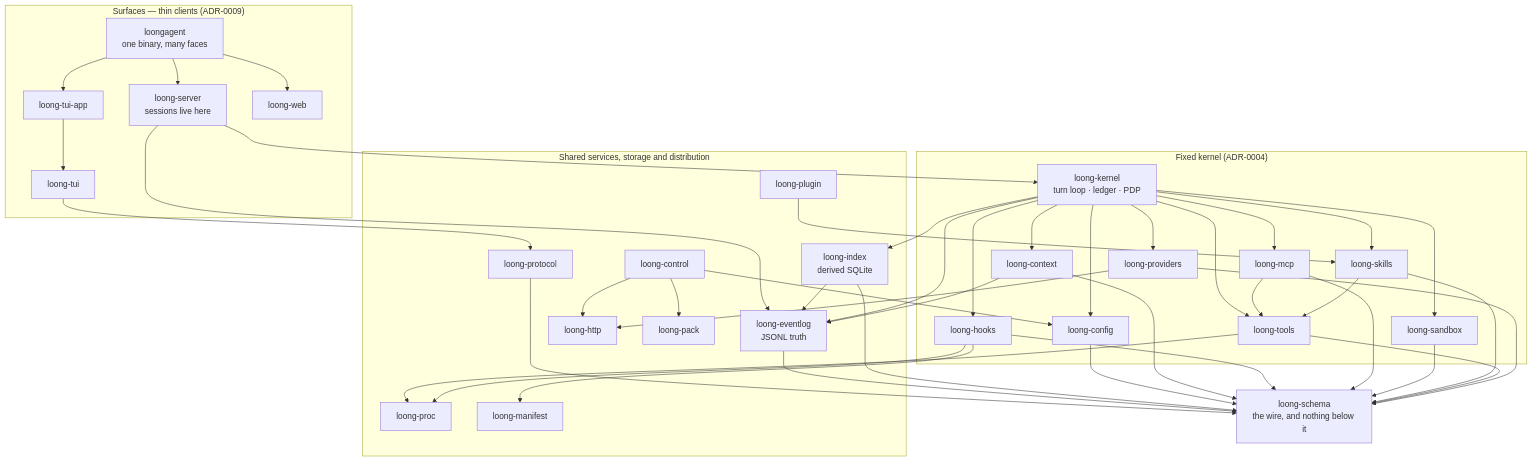
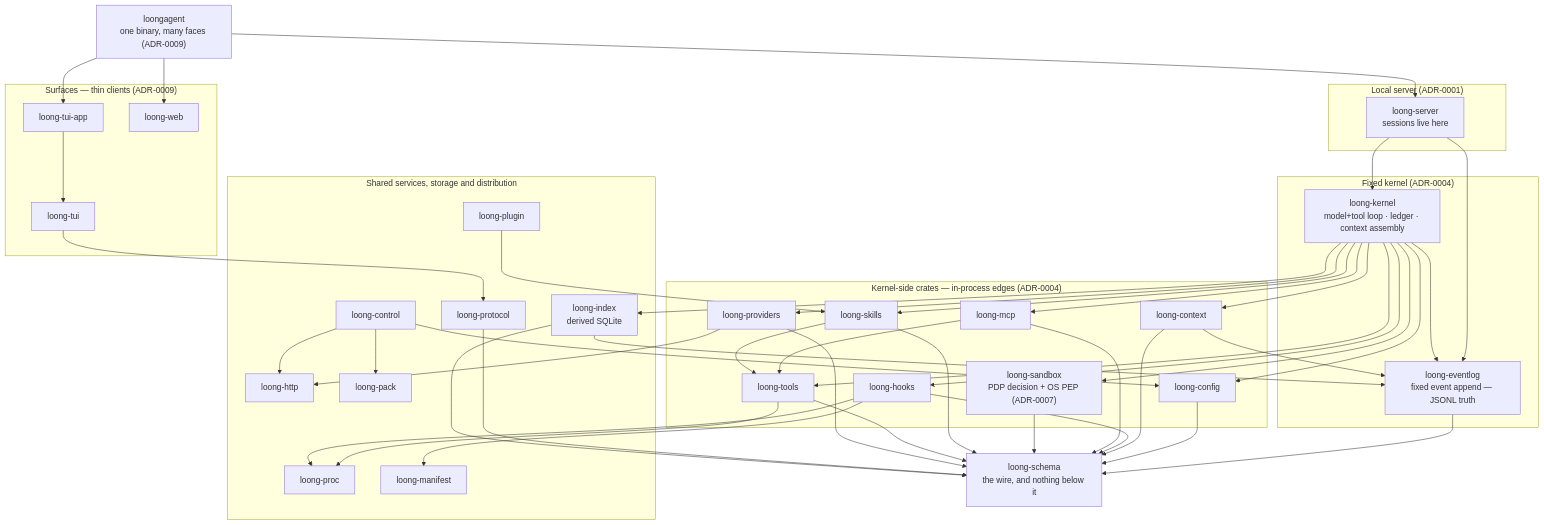
One commit to fengchangfight/loongagent changed the diagram in docs/design/README.md. Above: the diagram before and after it, drawn with Mermaid. The commit also changed other lines of this file and 2 other files, not shown here.

Commit message:
docs(pilot): correct the kernel-loop claims and split the kernel layers

````diff
--- a/docs/design/README.md
+++ b/docs/design/README.md
@@ -15,27 +15,34 @@
 ```mermaid
 flowchart TD
+    BIN["loongagent<br/>one binary, many faces (ADR-0009)"]
+
     subgraph surfaces["Surfaces — thin clients (ADR-0009)"]
-        BIN["loongagent<br/>one binary, many faces"]
-        SERVER["loong-server<br/>sessions live here"]
         TUIAPP["loong-tui-app"]
         TUI["loong-tui"]
         WEB["loong-web"]
     end
 
-    subgraph kernel["Fixed kernel (ADR-0004)"]
-        KERNEL["loong-kernel<br/>turn loop · ledger · PDP"]
+    subgraph server["Local server (ADR-0001)"]
+        SERVER["loong-server<br/>sessions live here"]
+    end
+
+    subgraph fixed["Fixed kernel (ADR-0004)"]
+        KERNEL["loong-kernel<br/>model+tool loop · ledger · context assembly"]
+        EVENTLOG["loong-eventlog<br/>fixed event append — JSONL truth"]
+    end
+
+    subgraph edges["Kernel-side crates — in-process edges (ADR-0004)"]
         CTX["loong-context"]
         HOOKS["loong-hooks"]
         MCP["loong-mcp"]
         SKILLS["loong-skills"]
         TOOLS["loong-tools"]
         PROVIDERS["loong-providers"]
-        SANDBOX["loong-sandbox"]
+        SANDBOX["loong-sandbox<br/>PDP decision + OS PEP (ADR-0007)"]
         CONFIG["loong-config"]
     end
 
     subgraph shared["Shared services, storage and distribution"]
-        EVENTLOG["loong-eventlog<br/>JSONL truth"]
         INDEX["loong-index<br/>derived SQLite"]
         PROTOCOL["loong-protocol"]
         PLUGIN["loong-plugin"]
````
